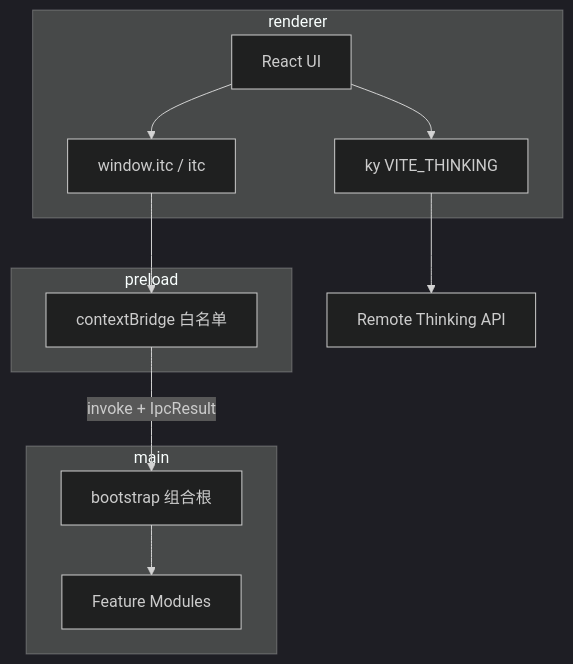
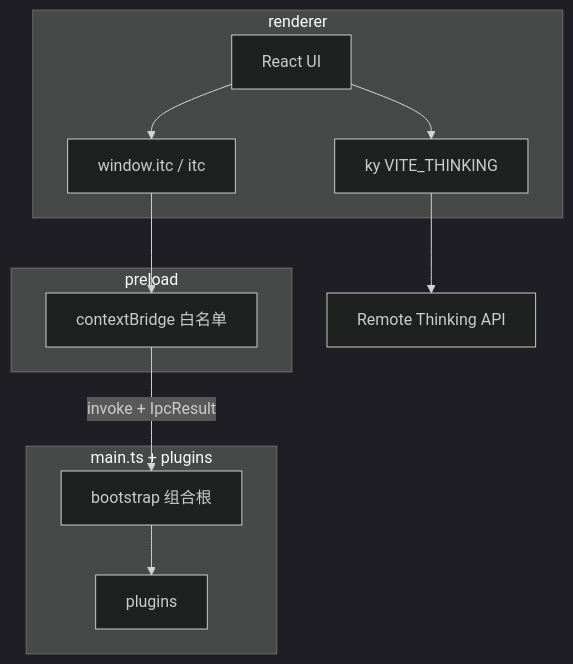
The diagram in apps/studio/docs/architecture.md (layenbrank/i-thinking), drawn with Mermaid (dark theme) before and after one commit. The commit also changed other lines of this file and 9 other files, not shown here.

````diff
--- a/apps/studio/docs/architecture.md
+++ b/apps/studio/docs/architecture.md
@@ -21,22 +21,22 @@
 ```mermaid
 flowchart TB
   subgraph renderer [renderer]
     UI[React UI]
     SDK["window.itc / itc"]
     HTTP[ky VITE_THINKING]
   end
   subgraph preload [preload]
     Bridge[contextBridge 白名单]
   end
-  subgraph main [main]
+  subgraph host [main.ts + plugins]
     Boot[bootstrap 组合根]
-    Mods[Feature Modules]
+    Caps[plugins]
   end
   Cloud[Remote Thinking API]
   UI --> SDK
   SDK --> Bridge
   Bridge -->|invoke + IpcResult| Boot
-  Boot --> Mods
+  Boot --> Caps
   UI --> HTTP
   HTTP --> Cloud
 ```
````
